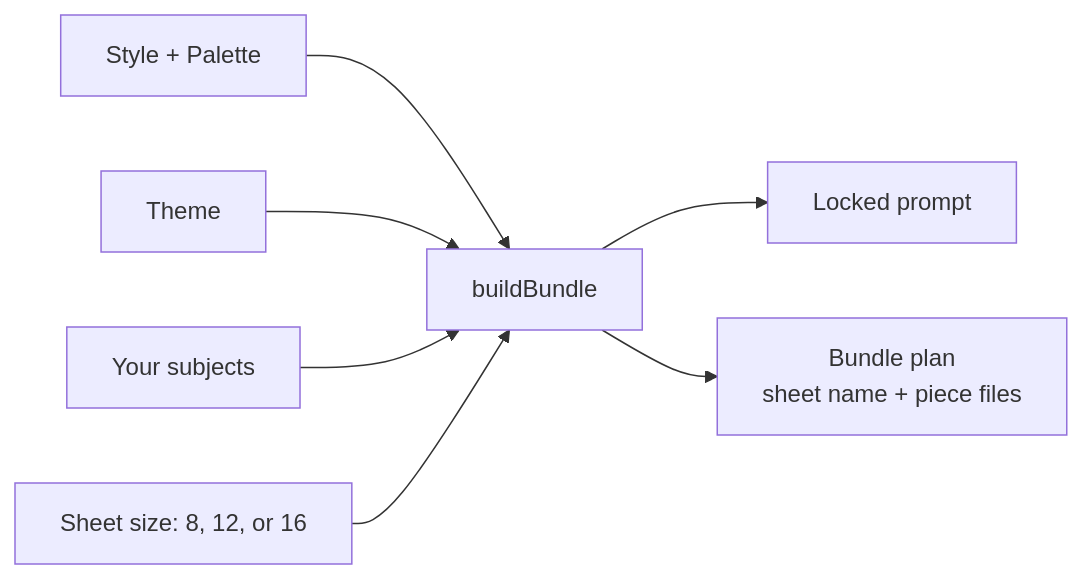
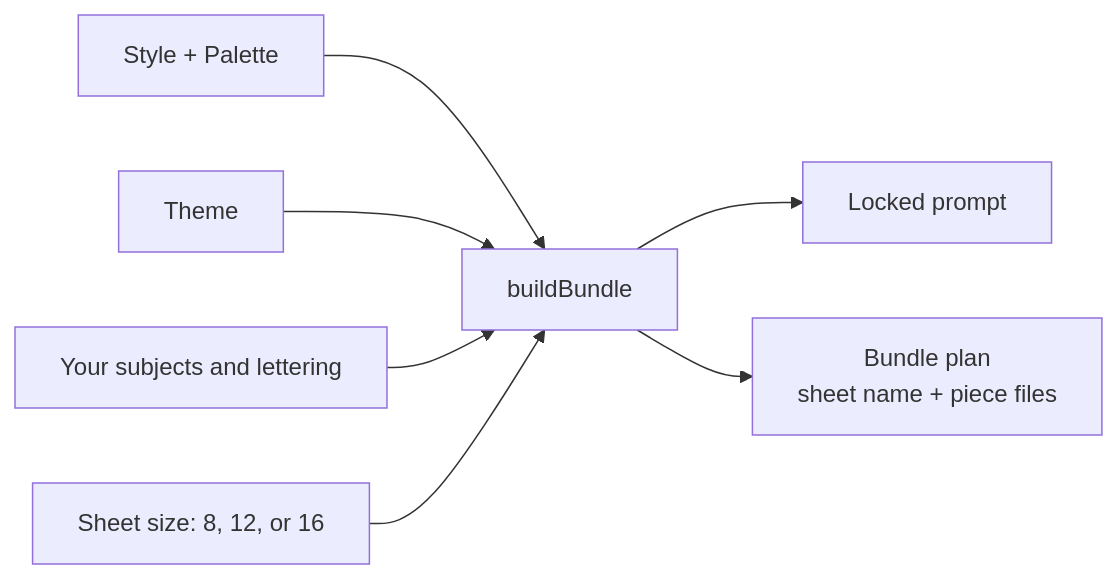
One commit to meadedm1/clipwright-studio changed the diagram in README.md. Above: the diagram before and after it, drawn with Mermaid. The commit also changed other lines of this file and 3 other files, not shown here.

````diff
--- a/README.md
+++ b/README.md
@@ -28,9 +41,9 @@
 ```mermaid
 flowchart LR
     A[Style + Palette] --> D[buildBundle]
     B[Theme] --> D
-    C[Your subjects] --> D
+    C[Your subjects and lettering] --> D
     E[Sheet size: 8, 12, or 16] --> D
     D --> F[Locked prompt]
     D --> G[Bundle plan<br/>sheet name + piece files]
 ```
````
